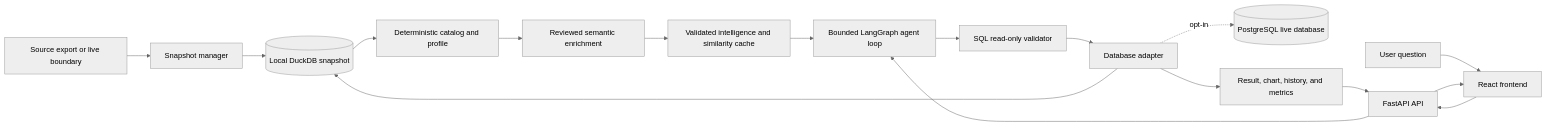
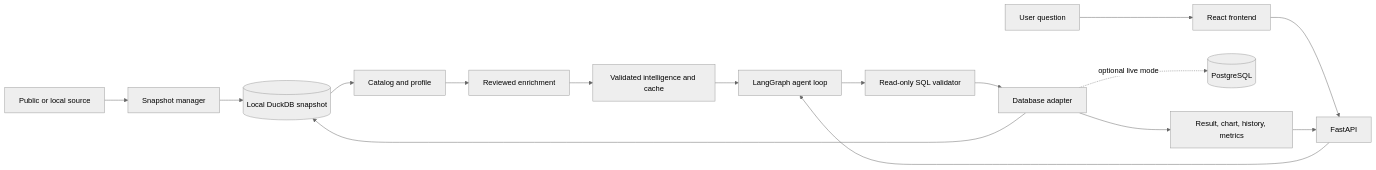
The diagram in README.md (nevetsagetro/Queris), drawn with Mermaid (neutral theme) before and after one commit. The commit also changed other lines of this file, not shown here.

````diff
--- a/README.md
+++ b/README.md
@@ -62,19 +70,18 @@
 ```mermaid
 flowchart LR
-    S[Source export or live boundary] --> M[Snapshot manager]
+    S[Public or local source] --> M[Snapshot manager]
     M --> D[(Local DuckDB snapshot)]
-    D --> C[Deterministic catalog and profile]
-    C --> E[Reviewed semantic enrichment]
-    E --> I[Validated intelligence and similarity cache]
-    Q[User question] --> UI[React frontend]
-    UI --> API[FastAPI API]
-    API --> A[Bounded LangGraph agent loop]
-    I --> A
-    A --> V[SQL read-only validator]
-    V --> X[Database adapter]
-    X --> D
-    X -. opt-in .-> P[(PostgreSQL live database)]
-    X --> R[Result, chart, history, and metrics]
-    R --> API
-    API --> UI
+    D --> C[Catalog and profile]
+    C --> E[Reviewed enrichment]
+    E --> I[Validated intelligence and cache]
+    Q[User question] --> R[React frontend]
+    R --> API[FastAPI]
+    API --> L[LangGraph agent loop]
+    I --> L
+    L --> V[Read-only SQL validator]
+    V --> A[Database adapter]
+    A --> D
+    A -. optional live mode .-> P[(PostgreSQL)]
+    A --> O[Result, chart, history, metrics]
+    O --> API
 ```
````
